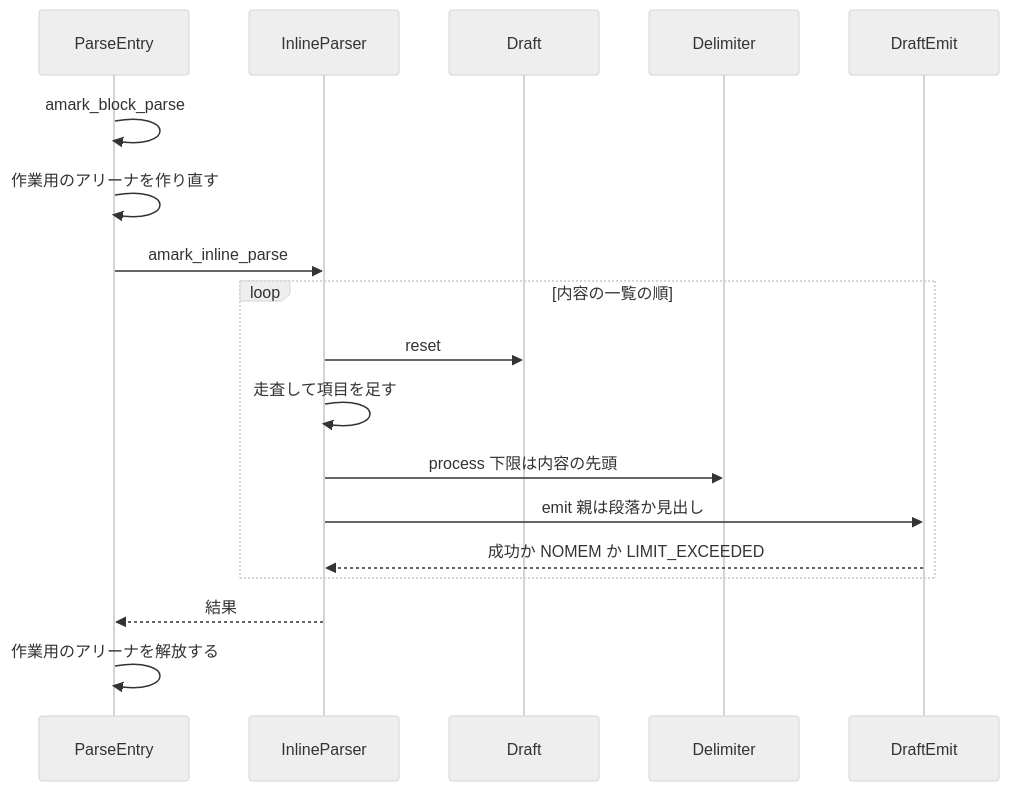
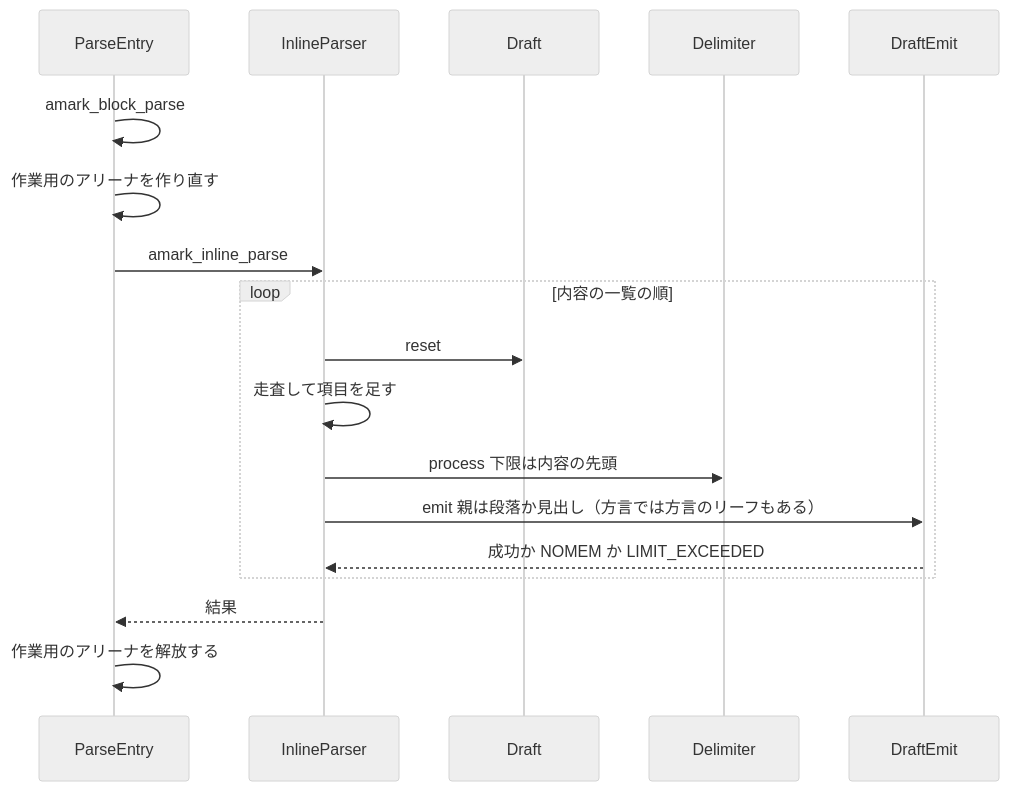
One commit to ktdevx/amark-private changed the second of 3 diagrams in .kiro/specs/inline-parser/design.md. Above: the diagram before and after it, drawn with Mermaid (neutral theme). The commit also changed other lines of this file and 2 other files, not shown here.

````diff
--- a/.kiro/specs/inline-parser/design.md
+++ b/.kiro/specs/inline-parser/design.md
@@ -227,20 +227,20 @@
 ```mermaid
 sequenceDiagram
     participant P as ParseEntry
     participant I as InlineParser
     participant T as Draft
     participant D as Delimiter
     participant E as DraftEmit
     P->>P: amark_block_parse
     P->>P: 作業用のアリーナを作り直す
     P->>I: amark_inline_parse
     loop 内容の一覧の順
         I->>T: reset
         I->>I: 走査して項目を足す
         I->>D: process 下限は内容の先頭
-        I->>E: emit 親は段落か見出し
+        I->>E: emit 親は段落か見出し（方言では方言のリーフもある）
         E-->>I: 成功か NOMEM か LIMIT_EXCEEDED
     end
     I-->>P: 結果
     P->>P: 作業用のアリーナを解放する
 ```
````
